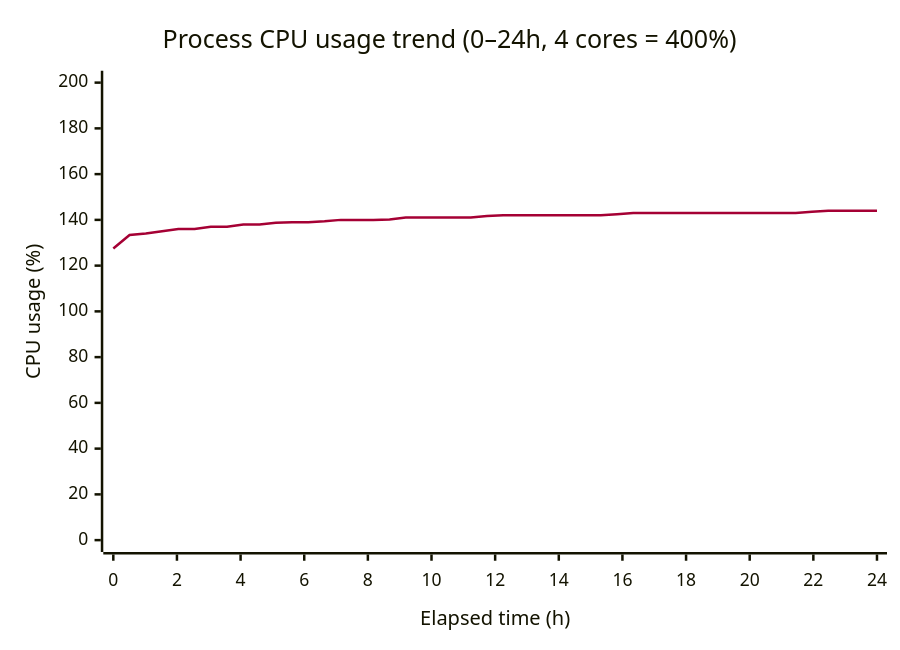
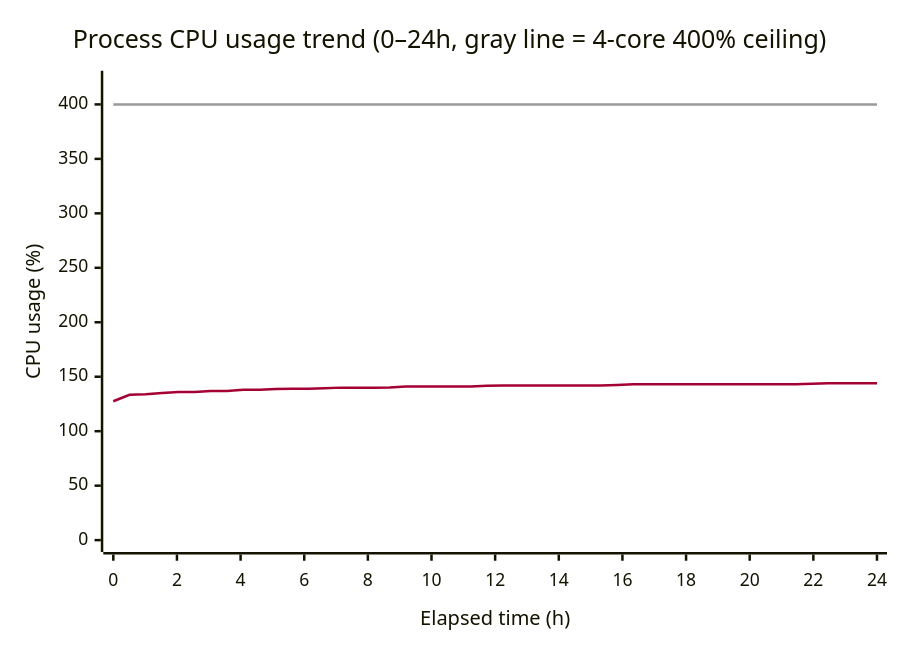
Before and after one commit to lgcmu2026-team5/TimeGrapher-Docs: the third of 4 diagrams in Milestone/en/4-Planned-Experiments.md, drawn with Mermaid. The commit also changed other lines of this file and 1 other file, not shown here.

First line of the commit message:
docs(EXP-01/02/05): add gray reference lines to charts

````diff
--- a/Milestone/en/4-Planned-Experiments.md
+++ b/Milestone/en/4-Planned-Experiments.md
@@ -275,8 +277,9 @@
 ```mermaid
-%%{init: {"themeVariables": {"xyChart": {"plotColorPalette": "#A50034"}}}}%%
+%%{init: {"themeVariables": {"xyChart": {"plotColorPalette": "#A50034, #999999"}}}}%%
 xychart-beta
-    title "Process CPU usage trend (0–24h, 4 cores = 400%)"
+    title "Process CPU usage trend (0–24h, gray line = 4-core 400% ceiling)"
     x-axis "Elapsed time (h)" 0 --> 24
-    y-axis "CPU usage (%)" 0 --> 200
+    y-axis "CPU usage (%)" 0 --> 420
     line [127.5, 133.4, 134.0, 135.0, 136.0, 136.0, 137.0, 137.0, 138.0, 138.0, 138.7, 139.0, 139.0, 139.4, 140.0, 140.0, 140.0, 140.2, 141.0, 141.0, 141.0, 141.0, 141.0, 141.7, 142.0, 142.0, 142.0, 142.0, 142.0, 142.0, 142.0, 142.5, 143.0, 143.0, 143.0, 143.0, 143.0, 143.0, 143.0, 143.0, 143.0, 143.0, 143.0, 143.5, 144.0, 144.0, 144.0, 144.0]
+    line [400, 400, 400, 400, 400, 400, 400, 400, 400, 400, 400, 400, 400, 400, 400, 400, 400, 400, 400, 400, 400, 400, 400, 400, 400, 400, 400, 400, 400, 400, 400, 400, 400, 400, 400, 400, 400, 400, 400, 400, 400, 400, 400, 400, 400, 400, 400, 400]
 ```
````
